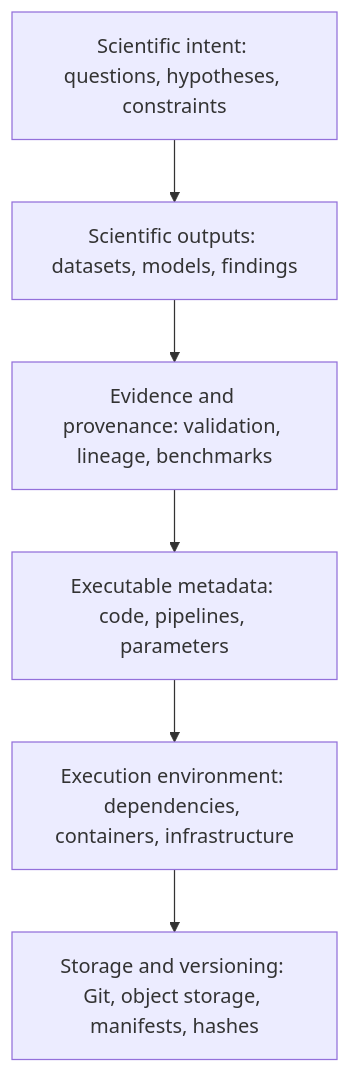
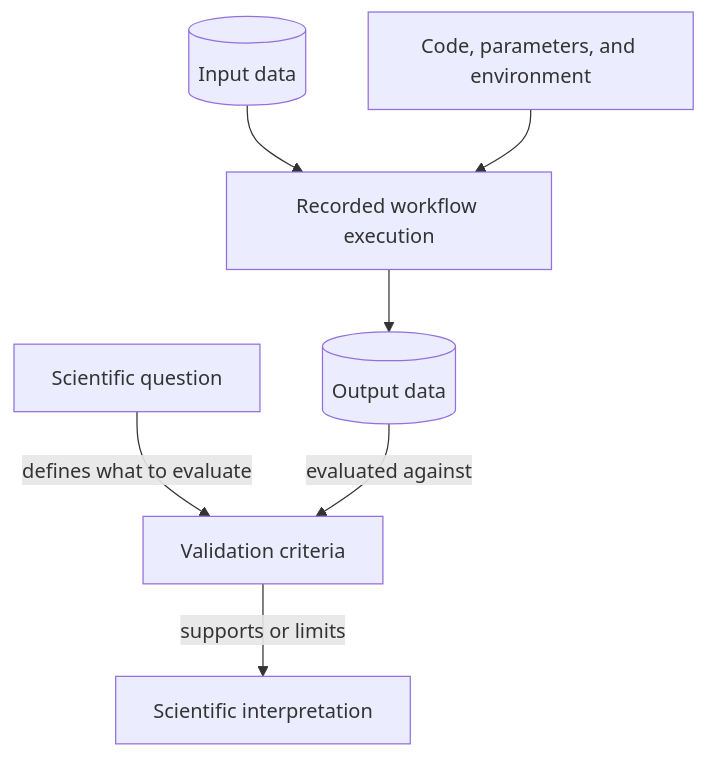
Before and after one commit to d33bs/set-website: the fourth of 8 diagrams in _posts/2026-10-09-when-code-becomes-metadata.md, drawn with Mermaid. The commit also changed other lines of this file, not shown here.

````diff
--- a/_posts/2026-10-09-when-code-becomes-metadata.md
+++ b/_posts/2026-10-09-when-code-becomes-metadata.md
@@ -87,15 +113,9 @@
 ```mermaid!
 flowchart TB
-    A["Scientific intent: questions, hypotheses, constraints"]
-    B["Scientific outputs: datasets, models, findings"]
-    C["Evidence and provenance: validation, lineage, benchmarks"]
-    D["Executable metadata: code, pipelines, parameters"]
-    E["Execution environment: dependencies, containers, infrastructure"]
-    F["Storage and versioning: Git, object storage, manifests, hashes"]
-
-    A --> B
-    B --> C
-    C --> D
-    D --> E
-    E --> F
+    intent["Scientific question"] -- "defines what to evaluate" --> validation["Validation criteria"]
+    inputs[("Input data")] --> run["Recorded workflow execution"]
+    implementation["Code, parameters, and environment"] --> run
+    run --> outputs[("Output data")]
+    outputs -- "evaluated against" --> validation
+    validation -- "supports or limits" --> conclusion["Scientific interpretation"]
 ```
````
